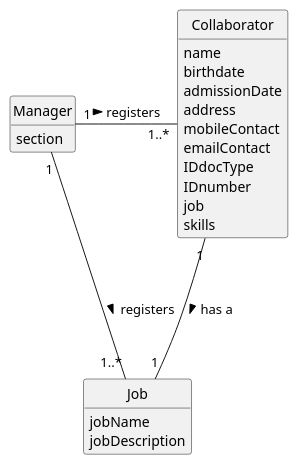
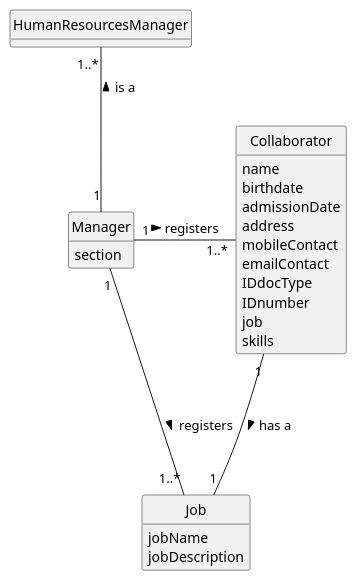
The diagram in docs/sprintB/us03/02.analysis/puml/us03-domain-model.puml (Paulo-Pereira-at-ISEP/lei-24-s2-1nanb-g321), drawn with PlantUML before and after one commit. The commit also changed 4 other files, not shown here.

```diff
--- a/docs/sprintB/us03/02.analysis/puml/us03-domain-model.puml
+++ b/docs/sprintB/us03/02.analysis/puml/us03-domain-model.puml
@@ -1,40 +1,43 @@
 @startuml
 skinparam monochrome true
 skinparam packageStyle rectangle
 skinparam shadowing false
 
 'left to right direction
 
 skinparam classAttributeIconSize 0
 
 hide circle
 hide methods
 
 'title Domain Model
 
 class Collaborator {
     name
     birthdate
     admissionDate
     address
     mobileContact
     emailContact
     IDdocType
     IDnumber
     job
     skills
 
 }
+class HumanResourcesManager {
 
+}
 class Manager {
     section
 }
 
 class Job {
     jobName
     jobDescription
 }
 Collaborator "1" --- "1" Job: has a >
 Manager "1" --right "1..*" Job: registers >
 Manager "1" --right "1..*" Collaborator: registers >
+Manager "1" --up "1..*" HumanResourcesManager: is a >
 @enduml
```
